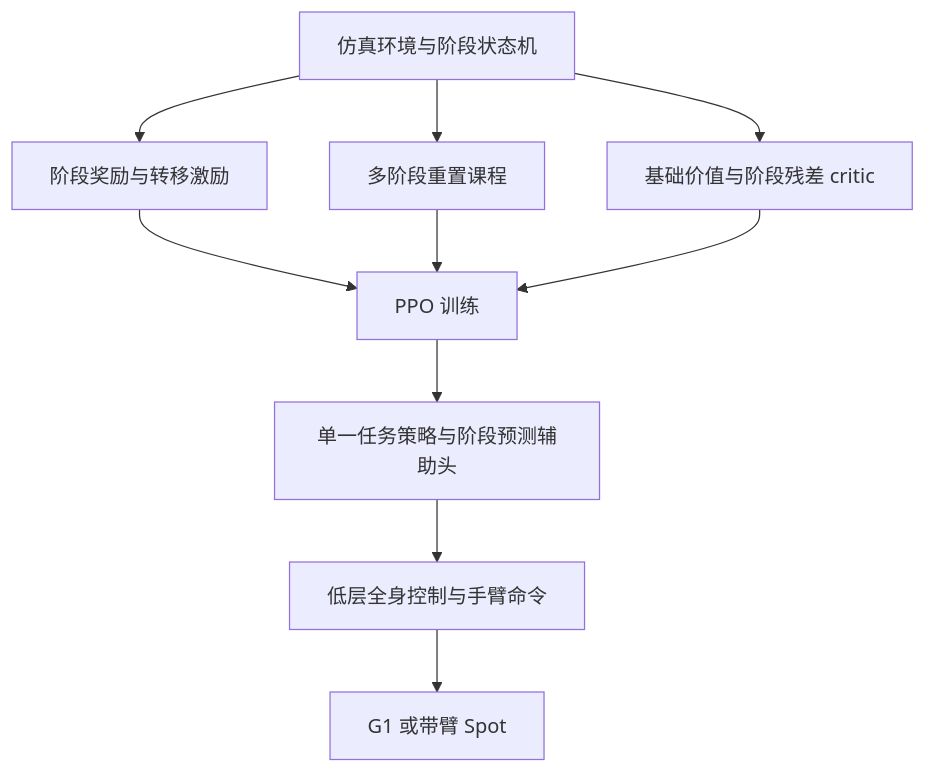
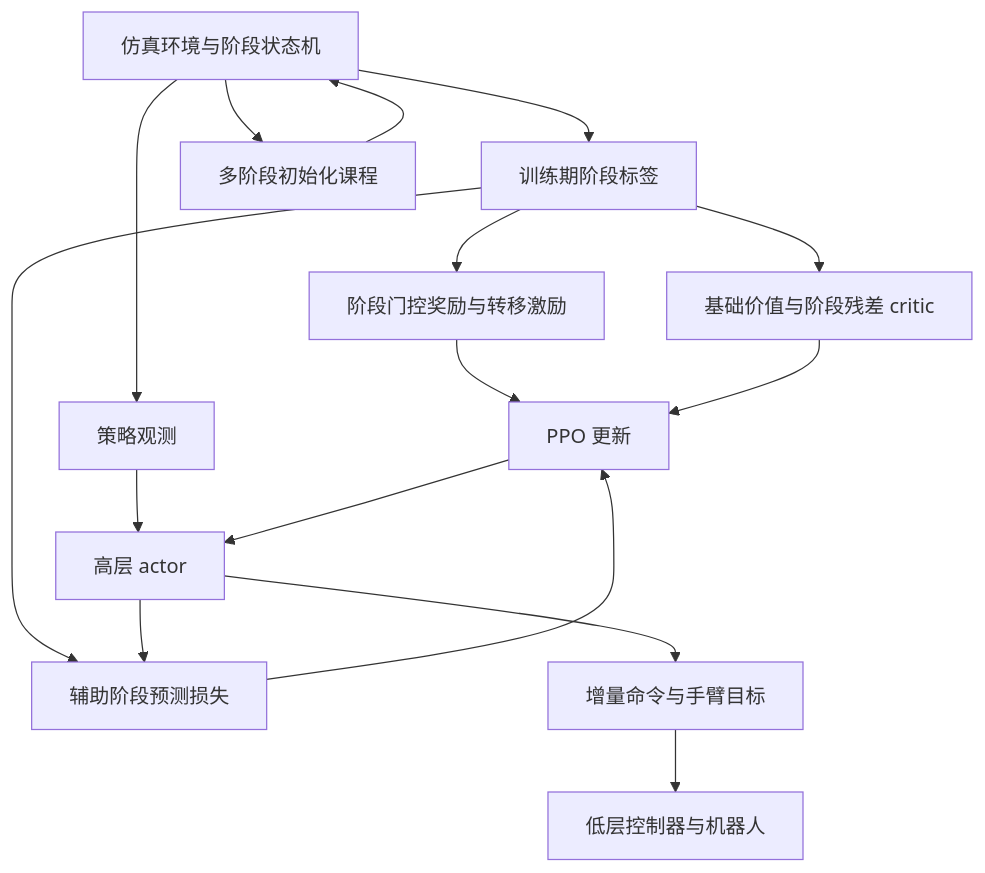
Before and after one commit to ImChong/Robotics_Notebooks: the diagram in wiki/entities/paper-phase-conditioned-loco-manipulation.md, drawn with Mermaid. The commit also changed other lines of this file, not shown here.

Commit message:
[2026-11-06] ingest | 论文实体 — 补充阶段监督与控制接口

````diff
--- a/wiki/entities/paper-phase-conditioned-loco-manipulation.md
+++ b/wiki/entities/paper-phase-conditioned-loco-manipulation.md
@@ -48,12 +48,18 @@
 ```mermaid
 flowchart TD
-  env["仿真环境与阶段状态机"] --> gate["阶段奖励与转移激励"]
-  env --> reset["多阶段重置课程"]
-  env --> critic["基础价值与阶段残差 critic"]
-  gate --> train["PPO 训练"]
-  reset --> train
-  critic --> train
-  train --> actor["单一任务策略与阶段预测辅助头"]
-  actor --> low["低层全身控制与手臂命令"]
-  low --> robot["G1 或带臂 Spot"]
+  env["仿真环境与阶段状态机"] --> label["训练期阶段标签"]
+  label --> reward["阶段门控奖励与转移激励"]
+  label --> critic["基础价值与阶段残差 critic"]
+  label --> aux["辅助阶段预测损失"]
+  env --> reset["多阶段初始化课程"]
+  reset --> env
+  env --> obs["策略观测"]
+  obs --> actor["高层 actor"]
+  actor --> aux
+  reward --> ppo["PPO 更新"]
+  critic --> ppo
+  aux --> ppo
+  ppo --> actor
+  actor --> cmd["增量命令与手臂目标"]
+  cmd --> robot["低层控制器与机器人"]
 ```
````
